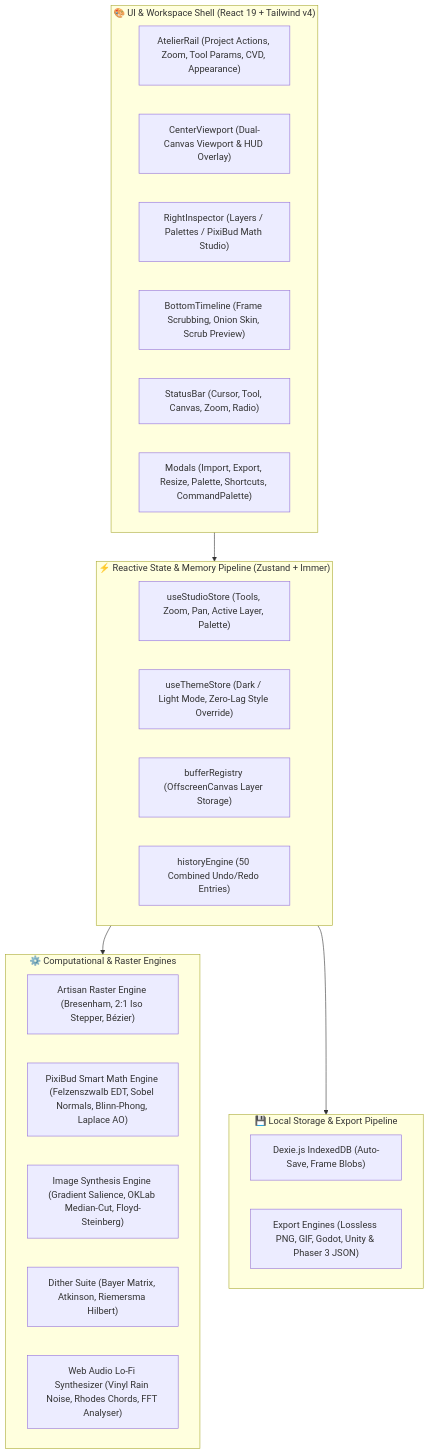
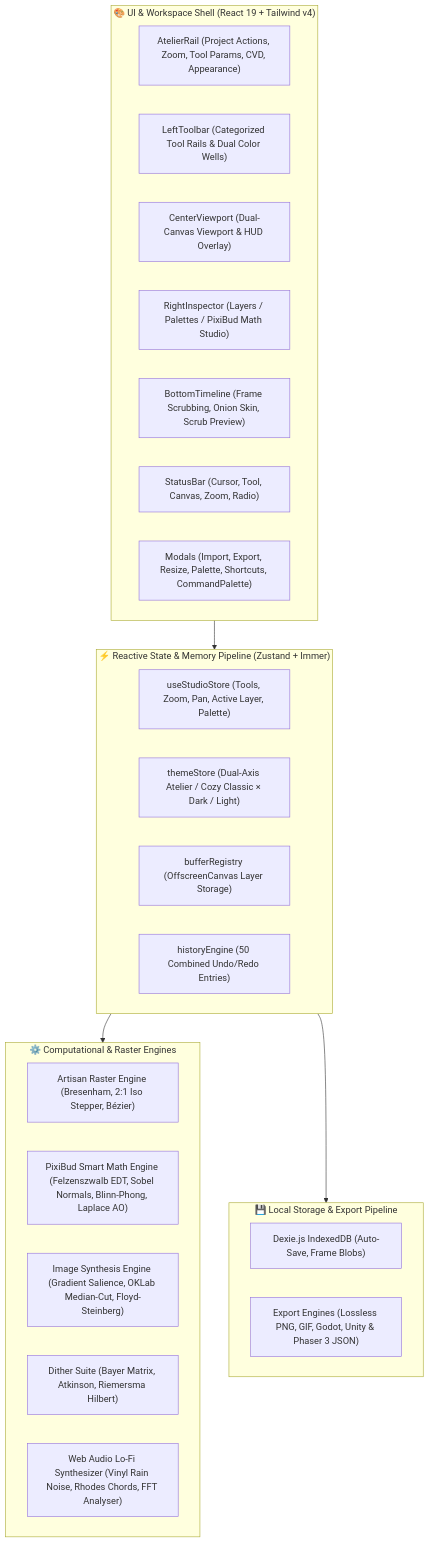
The first of 7 diagrams in ARCHITECTURE.md (lxcario/PixiBun), drawn with Mermaid before and after one commit. The commit also changed other lines of this file and 7 other files, not shown here.

Commit message:
docs: overhaul repository documentation across architecture, design, logs, deep dive, and specs for v1.14.0

````diff
--- a/ARCHITECTURE.md
+++ b/ARCHITECTURE.md
@@ -17,35 +17,36 @@
 ```mermaid
 graph TD
     subgraph UI_Layer ["🎨 UI & Workspace Shell (React 19 + Tailwind v4)"]
         AtelierRail["AtelierRail (Project Actions, Zoom, Tool Params, CVD, Appearance)"]
+        LeftRail["LeftToolbar (Categorized Tool Rails & Dual Color Wells)"]
         ViewportShell["CenterViewport (Dual-Canvas Viewport & HUD Overlay)"]
         RightStudio["RightInspector (Layers / Palettes / PixiBud Math Studio)"]
         TimelineDock["BottomTimeline (Frame Scrubbing, Onion Skin, Scrub Preview)"]
         StatusBar["StatusBar (Cursor, Tool, Canvas, Zoom, Radio)"]
         Modals["Modals (Import, Export, Resize, Palette, Shortcuts, CommandPalette)"]
     end
 
     subgraph State_Layer ["⚡ Reactive State & Memory Pipeline (Zustand + Immer)"]
         Store["useStudioStore (Tools, Zoom, Pan, Active Layer, Palette)"]
-        Theme["useThemeStore (Dark / Light Mode, Zero-Lag Style Override)"]
+        Theme["themeStore (Dual-Axis Atelier / Cozy Classic × Dark / Light)"]
         BufferReg["bufferRegistry (OffscreenCanvas Layer Storage)"]
         UndoRedo["historyEngine (50 Combined Undo/Redo Entries)"]
     end
 
     subgraph Core_Engines ["⚙️ Computational & Raster Engines"]
         RasterCore["Artisan Raster Engine (Bresenham, 2:1 Iso Stepper, Bézier)"]
         MathCore["PixiBud Smart Math Engine (Felzenszwalb EDT, Sobel Normals, Blinn-Phong, Laplace AO)"]
         PixelizeCore["Image Synthesis Engine (Gradient Salience, OKLab Median-Cut, Floyd-Steinberg)"]
         DitherCore["Dither Suite (Bayer Matrix, Atkinson, Riemersma Hilbert)"]
         AudioCore["Web Audio Lo-Fi Synthesizer (Vinyl Rain Noise, Rhodes Chords, FFT Analyser)"]
     end
 
     subgraph Storage_Layer ["💾 Local Storage & Export Pipeline"]
         DexieDB["Dexie.js IndexedDB (Auto-Save, Frame Blobs)"]
         Exporter["Export Engines (Lossless PNG, GIF, Godot, Unity & Phaser 3 JSON)"]
     end
 
     UI_Layer --> State_Layer
     State_Layer --> Core_Engines
     State_Layer --> Storage_Layer
 ```
````
